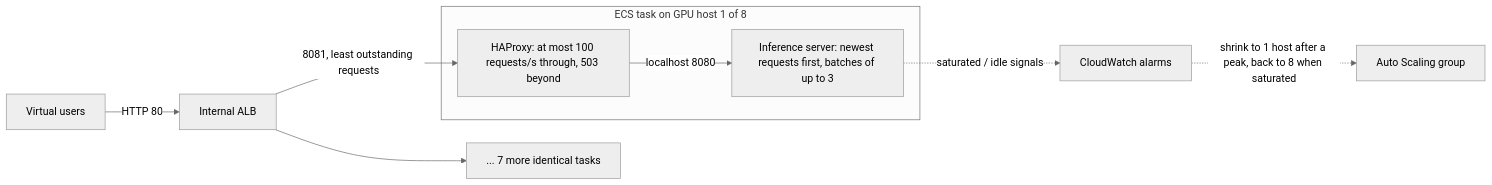
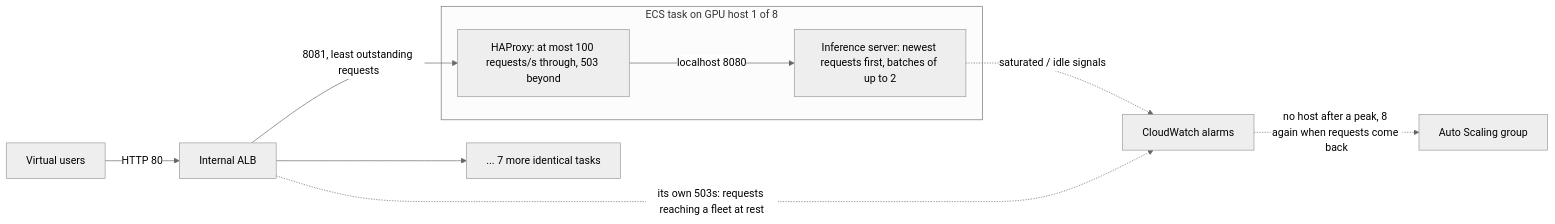
The diagram in README.md (rayansekkatkr/MGsolutionsTest), drawn with Mermaid (neutral theme) before and after one commit. The commit also changed other lines of this file, not shown here.

Commit message:
README: what limits a host, batches of two, fleet at rest, latest rehearsal

````diff
--- a/README.md
+++ b/README.md
@@ -57,11 +57,12 @@
 ```mermaid
 flowchart LR
     C[Virtual users] -->|HTTP 80| ALB[Internal ALB]
     ALB -->|8081, least outstanding requests| P1
     subgraph T1[ECS task on GPU host 1 of 8]
-        P1[HAProxy: at most 100 requests/s through, 503 beyond] -->|localhost 8080| M1[Inference server: newest requests first, batches of up to 3]
+        P1[HAProxy: at most 100 requests/s through, 503 beyond] -->|localhost 8080| M1[Inference server: newest requests first, batches of up to 2]
     end
     ALB --> TN[... 7 more identical tasks]
     M1 -.->|saturated / idle signals| CW[CloudWatch alarms]
-    CW -.->|shrink to 1 host after a peak, back to 8 when saturated| ASG[Auto Scaling group]
+    CW -.->|no host after a peak, 8 again when requests come back| ASG[Auto Scaling group]
+    ALB -.->|its own 503s: requests reaching a fleet at rest| CW
 ```
````
